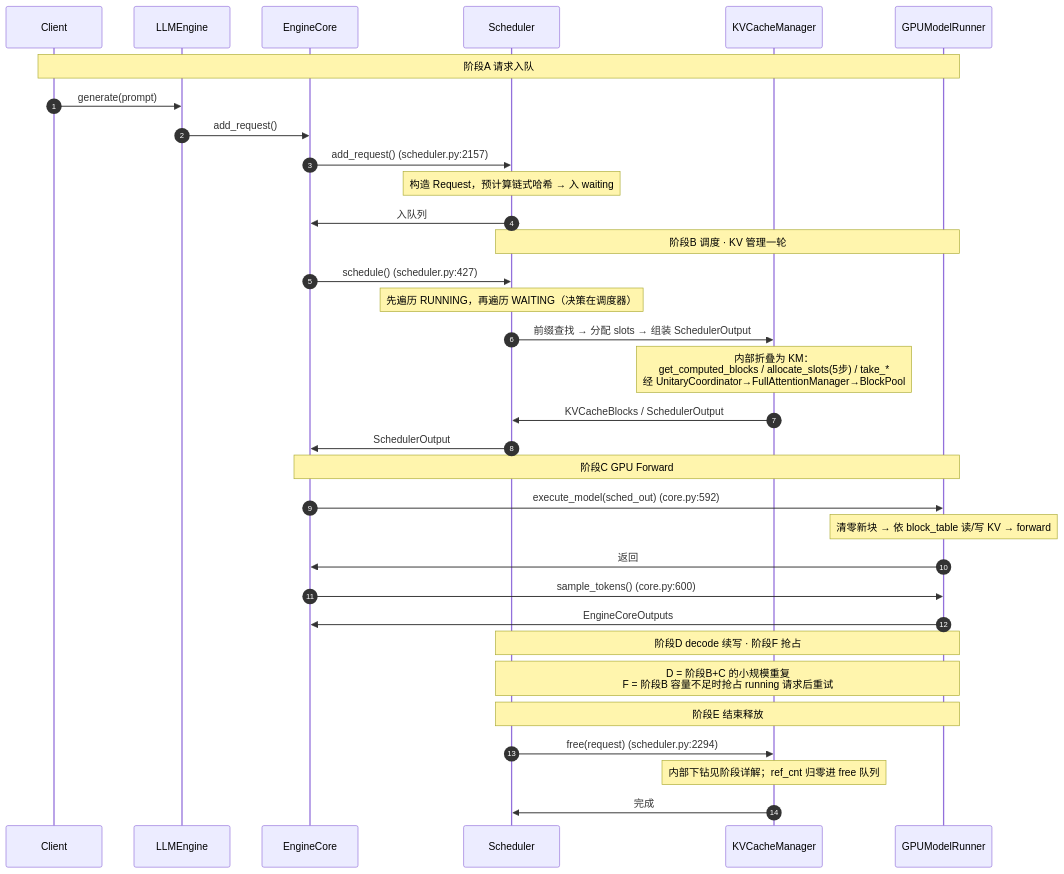
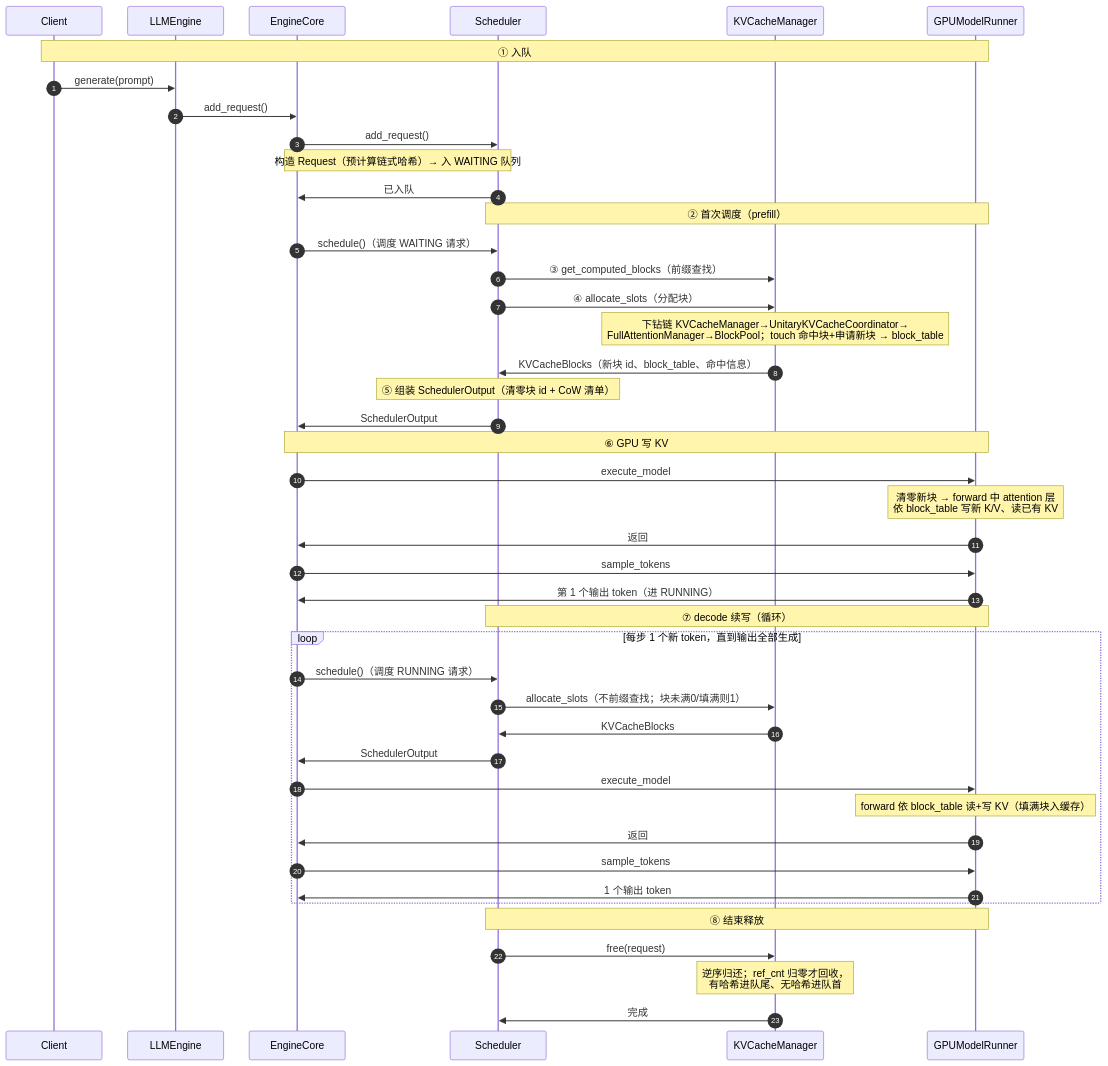
Before and after one commit to GoCHug/vllm: the first of 8 diagrams in vllm/v1/core/kvcache_docs/0_end_to_end_sequence.md, drawn with Mermaid. The commit also changed other lines of this file and 6 other files, not shown here.

````diff
--- a/vllm/v1/core/kvcache_docs/0_end_to_end_sequence.md
+++ b/vllm/v1/core/kvcache_docs/0_end_to_end_sequence.md
@@ -42,40 +40,52 @@
 ```mermaid
+%%{init: {"themeVariables": {"actorFontSize": "11px", "messageFontSize": "11px", "noteFontSize": "11px"}, "sequence": {"actorMargin": 40, "messageMargin": 16, "noteMargin": 8, "boxMargin": 8, "boxTextMargin": 4, "messageAlign": "center", "mirrorActors": true, "height": 45}}}%%
 sequenceDiagram
     autonumber
-    participant C as Client
-    participant LE as LLMEngine
-    participant EC as EngineCore
-    participant S as Scheduler
-    participant KM as KVCacheManager
-    participant MR as GPUModelRunner
+    participant Client
+    participant LLMEngine
+    participant EngineCore
+    participant Scheduler
+    participant KVCacheManager
+    participant GPUModelRunner
 
-    Note over C,MR: 阶段A 请求入队
-    C->>LE: generate(prompt)
-    LE->>EC: add_request()
-    EC->>S: add_request()   (scheduler.py:2157)
-    Note over S: 构造 Request，预计算链式哈希 → 入 waiting
-    S->>EC: 入队列
+    Note over Client,GPUModelRunner: ① 入队
+    Client->>LLMEngine: generate(prompt)
+    LLMEngine->>EngineCore: add_request()
+    EngineCore->>Scheduler: add_request()
+    Note over EngineCore,Scheduler: 构造 Request（预计算链式哈希）→ 入 WAITING 队列
+    Scheduler->>EngineCore: 已入队
 
-    Note over S,MR: 阶段B 调度 · KV 管理一轮
-    EC->>S: schedule()   (scheduler.py:427)
-    Note over S: 先遍历 RUNNING，再遍历 WAITING（决策在调度器）
-    S->>KM: 前缀查找 → 分配 slots → 组装 SchedulerOutput
-    Note over KM: 内部折叠为 KM：<br/>get_computed_blocks / allocate_slots(5步) / take_*<br/>经 UnitaryCoordinator→FullAttentionManager→BlockPool
-    KM->>S: KVCacheBlocks / SchedulerOutput
-    S->>EC: SchedulerOutput
+    Note over Scheduler,GPUModelRunner: ② 首次调度（prefill）
+    EngineCore->>Scheduler: schedule()（调度 WAITING 请求）
+    Scheduler->>KVCacheManager: ③ get_computed_blocks（前缀查找）
+    Scheduler->>KVCacheManager: ④ allocate_slots（分配块）
+    Note over KVCacheManager: 下钻链 KVCacheManager→UnitaryKVCacheCoordinator→<br/>FullAttentionManager→BlockPool；touch 命中块+申请新块 → block_table
+    KVCacheManager->>Scheduler: KVCacheBlocks（新块 id、block_table、命中信息）
+    Note over Scheduler: ⑤ 组装 SchedulerOutput（清零块 id + CoW 清单）
+    Scheduler->>EngineCore: SchedulerOutput
 
-    Note over EC,MR: 阶段C GPU Forward
-    EC->>MR: execute_model(sched_out)   (core.py:592)
-    Note over MR: 清零新块 → 依 block_table 读/写 KV → forward
-    MR->>EC: 返回
-    EC->>MR: sample_tokens()   (core.py:600)
-    MR->>EC: EngineCoreOutputs
+    Note over EngineCore,GPUModelRunner: ⑥ GPU 写 KV
+    EngineCore->>GPUModelRunner: execute_model
+    Note over GPUModelRunner: 清零新块 → forward 中 attention 层<br/>依 block_table 写新 K/V、读已有 KV
+    GPUModelRunner->>EngineCore: 返回
+    EngineCore->>GPUModelRunner: sample_tokens
+    GPUModelRunner->>EngineCore: 第 1 个输出 token（进 RUNNING）
 
-    Note over S,MR: 阶段D decode 续写 · 阶段F 抢占
-    Note over S,MR: D = 阶段B+C 的小规模重复<br/>F = 阶段B 容量不足时抢占 running 请求后重试
+    Note over Scheduler,GPUModelRunner: ⑦ decode 续写（循环）
+    loop 每步 1 个新 token，直到输出全部生成
+        EngineCore->>Scheduler: schedule()（调度 RUNNING 请求）
+        Scheduler->>KVCacheManager: allocate_slots（不前缀查找；块未满0/填满则1）
+        KVCacheManager->>Scheduler: KVCacheBlocks
+        Scheduler->>EngineCore: SchedulerOutput
+        EngineCore->>GPUModelRunner: execute_model
+        Note over GPUModelRunner: forward 依 block_table 读+写 KV（填满块入缓存）
+        GPUModelRunner->>EngineCore: 返回
+        EngineCore->>GPUModelRunner: sample_tokens
+        GPUModelRunner->>EngineCore: 1 个输出 token
+    end
 
-    Note over S,MR: 阶段E 结束释放
-    S->>KM: free(request)   (scheduler.py:2294)
-    Note over KM: 内部下钻见阶段详解；ref_cnt 归零进 free 队列
-    KM->>S: 完成
+    Note over Scheduler,GPUModelRunner: ⑧ 结束释放
+    Scheduler->>KVCacheManager: free(request)
+    Note over KVCacheManager: 逆序归还；ref_cnt 归零才回收，<br/>有哈希进队尾、无哈希进队首
+    KVCacheManager->>Scheduler: 完成
 ```
````
